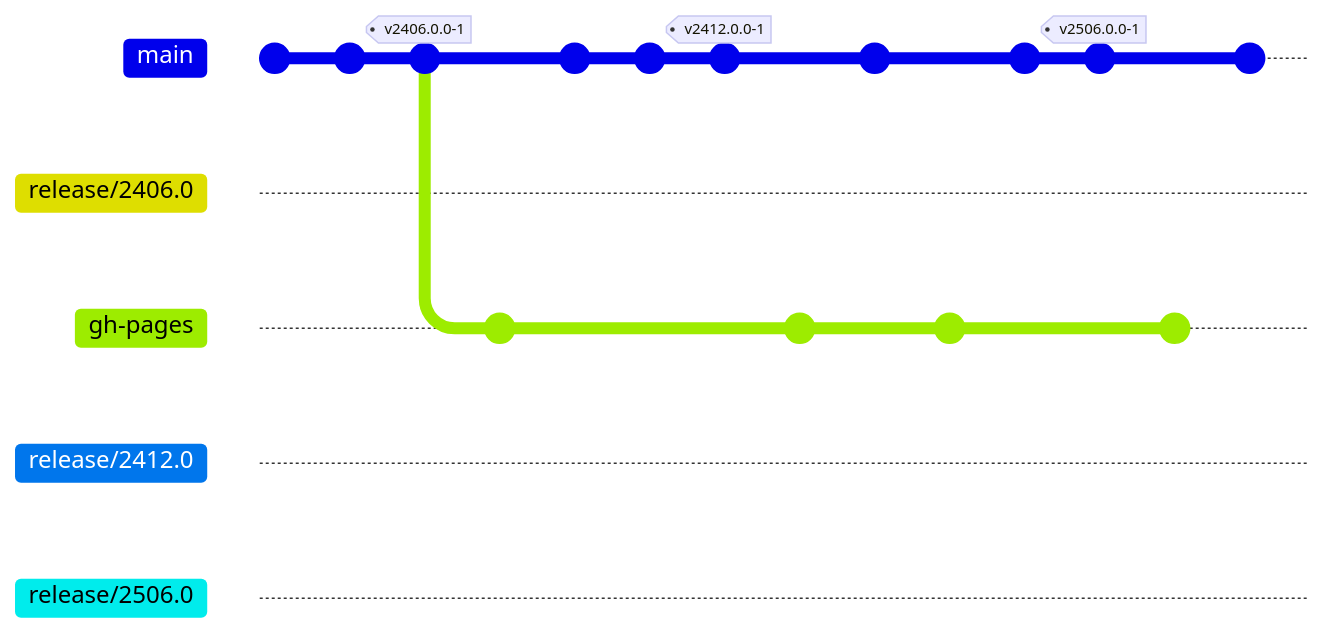
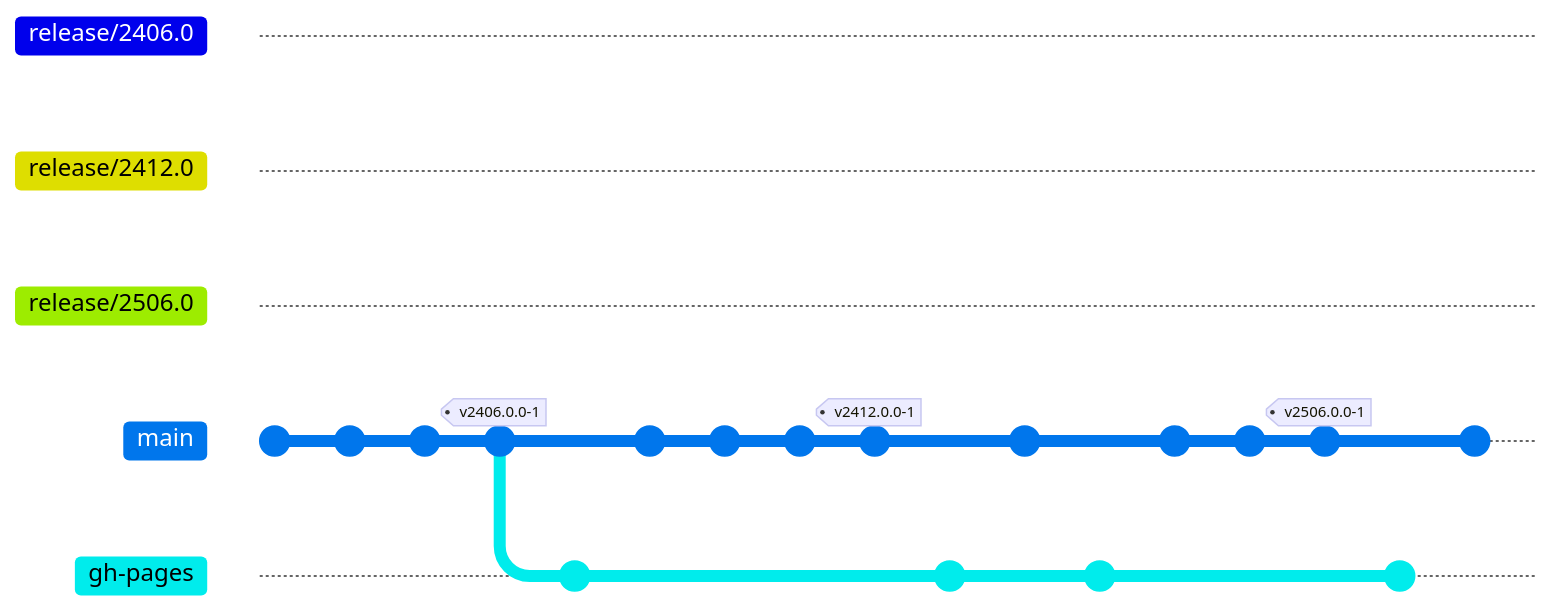
The first of 2 diagrams in website/dev/repository/documentation.md (CoreMedia/coremedia-globallink-connect-integration), drawn with Mermaid before and after one commit. The commit also changed other lines of this file, not shown here. Commit ids are hidden.

````diff
--- a/website/dev/repository/documentation.md
+++ b/website/dev/repository/documentation.md
@@ -9,29 +9,37 @@
 ```mermaid
+---
+config:
+  gitGraph:
+    mainBranchOrder: 1
+---
 gitGraph:
   commit id: "ongoing dev"
+  commit id: "used third-party update 2406.x"
   commit id: "doc snapshot 2406.x"
   commit tag: "v2406.0.0-1"
   branch release/2406.0
-  branch gh-pages
+  branch gh-pages order: 3
   checkout gh-pages
   commit id: "deploy 2406.x docs"
   checkout main
   commit id: "development"
+  commit id: "used third-party update 2412.x"
   commit id: "doc snapshot 2412.x"
   commit tag: "v2412.0.0-1"
   branch release/2412.0
   checkout gh-pages
   commit id: "deploy 2412.x docs"
   checkout main
   commit id: "doc fixes"
   checkout gh-pages
   commit id: "update docs"
   checkout main
+  commit id: "used third-party update 2506.x"
   commit id: "doc snapshot 2506.x"
   commit tag: "v2506.0.0-1"
   branch release/2506.0
   checkout gh-pages
   commit id: "deploy 2506.x docs"
   checkout main
   commit id: "continue dev"
 ```
````
